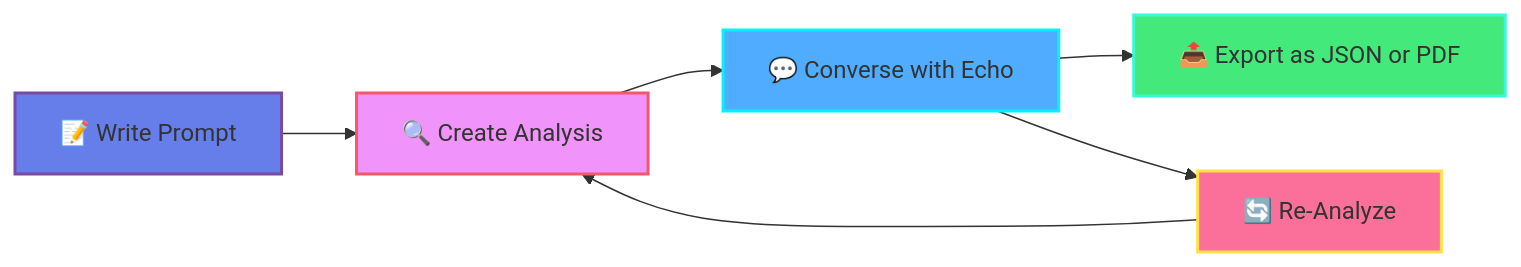
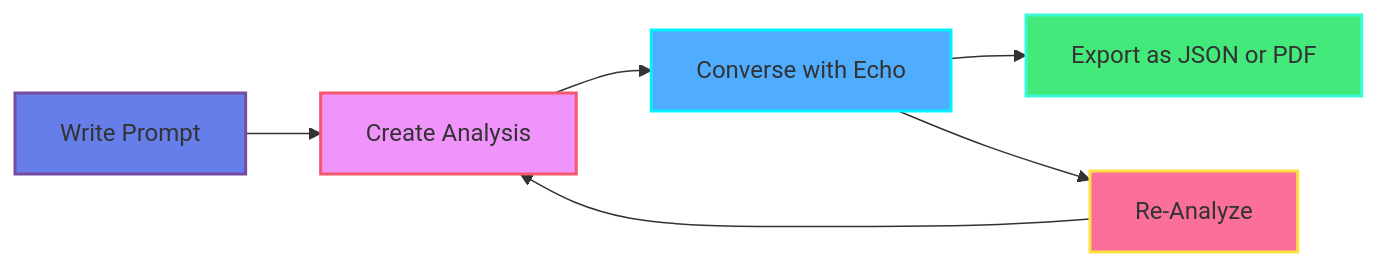
The diagram in docs/diagrams/user-flow.mmd (MoNejjar/echo-hallucination-detect), drawn with Mermaid before and after one commit. The commit also changed 10 other files, not shown here.

````diff
--- a/docs/diagrams/user-flow.mmd
+++ b/docs/diagrams/user-flow.mmd
@@ -1,14 +1,14 @@
 ```mermaid
 flowchart LR
-    A["📝 Write Prompt"] --> B["🔍 Create Analysis"]
-    B --> C["💬 Converse with Echo"]
-    C --> D["📤 Export as JSON or PDF"]
-    C --> E["🔄 Re-Analyze"]
+    A[Write Prompt] --> B[Create Analysis]
+    B --> C[Converse with Echo]
+    C --> D[Export as JSON or PDF]
+    C --> E[Re-Analyze]
     E --> B
     
     style A fill:#667eea,stroke:#764ba2,stroke-width:2px
     style B fill:#f093fb,stroke:#f5576c,stroke-width:2px
     style C fill:#4facfe,stroke:#00f2fe,stroke-width:2px
     style D fill:#43e97b,stroke:#38f9d7,stroke-width:2px
     style E fill:#fa709a,stroke:#fee140,stroke-width:2px
 ```
````
